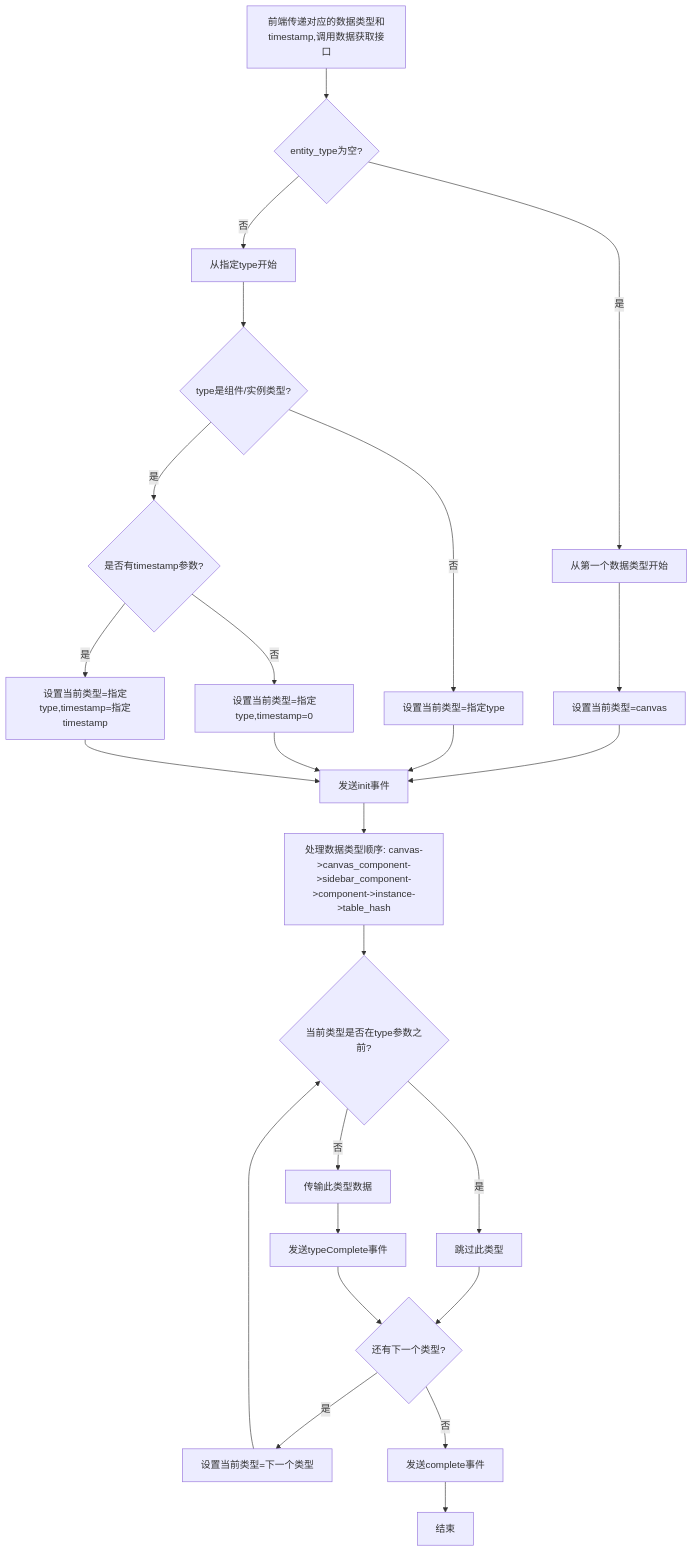
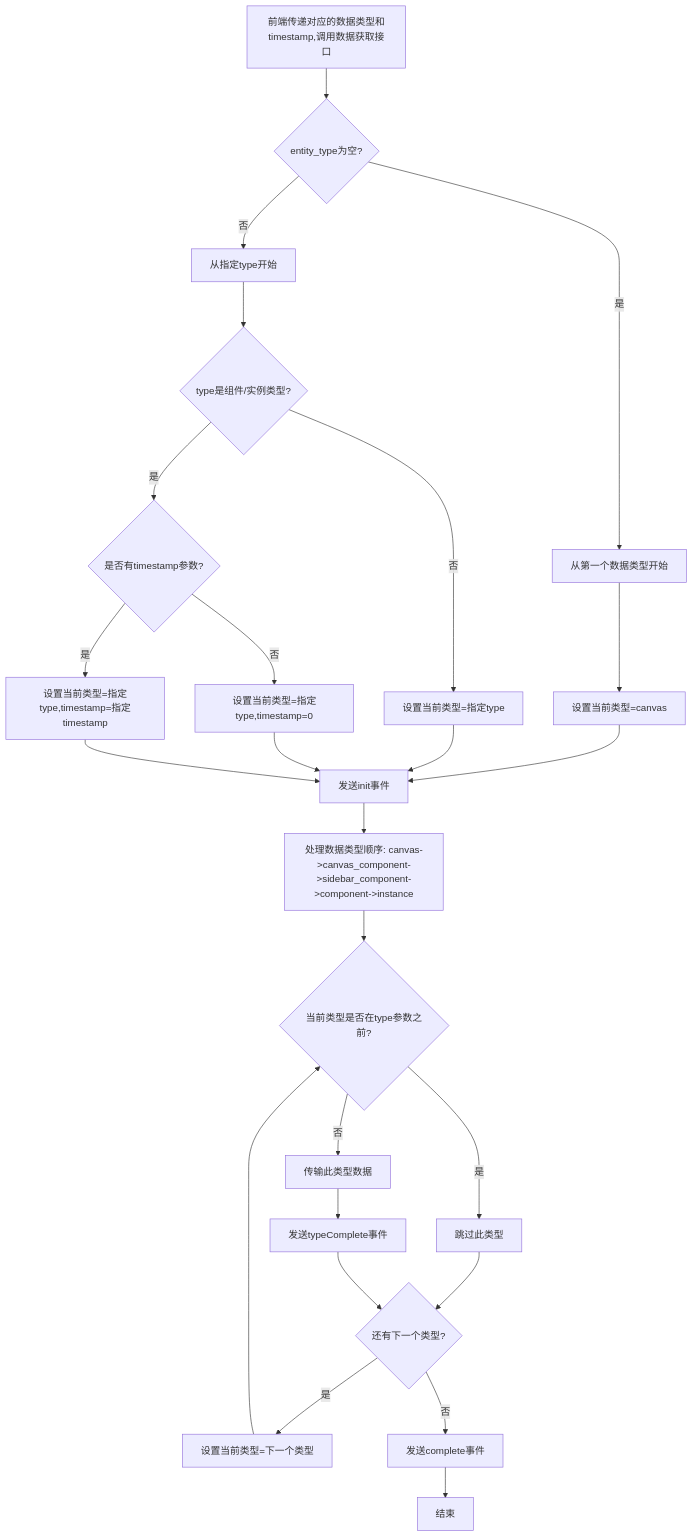
Before and after one commit to yingjianzh/iodraw-files: the diagram in all/未命名-59.md, drawn with Mermaid.

Commit message:
2025-05-14 15:32:35 update

````diff
--- a/all/未命名-59.md
+++ b/all/未命名-59.md
@@ -1,37 +1,37 @@
 ```mermaid
 flowchart TD
     A[前端传递对应的数据类型和timestamp,调用数据获取接口] --> B{entity_type为空?}
 
     B -->|否| D[从指定type开始]
     B -->|是| C[从第一个数据类型开始]
     
     C --> E[设置当前类型=canvas]
     D --> F{type是组件/实例类型?}
     
     F -->|否| G[设置当前类型=指定type]
     F -->|是| H{是否有timestamp参数?}
     
     H -->|否| I[设置当前类型=指定type,timestamp=0]
     H -->|是| J[设置当前类型=指定type,timestamp=指定timestamp]
     
     E --> K[发送init事件]
     G --> K
     I --> K
     J --> K
     
-    K --> L[处理数据类型顺序: canvas->canvas_component->sidebar_component->component->instance->table_hash]
+    K --> L[处理数据类型顺序: canvas->canvas_component->sidebar_component->component->instance]
     
     L --> M{当前类型是否在type参数之前?}
     M -->|是| N[跳过此类型]
     M -->|否| O[传输此类型数据]
     
     N --> P{还有下一个类型?}
     O --> Q[发送typeComplete事件]
     Q --> P
     
     P -->|是| R[设置当前类型=下一个类型]
     P -->|否| S[发送complete事件]
     
     R --> M
     S --> T[结束]
 ```
````
